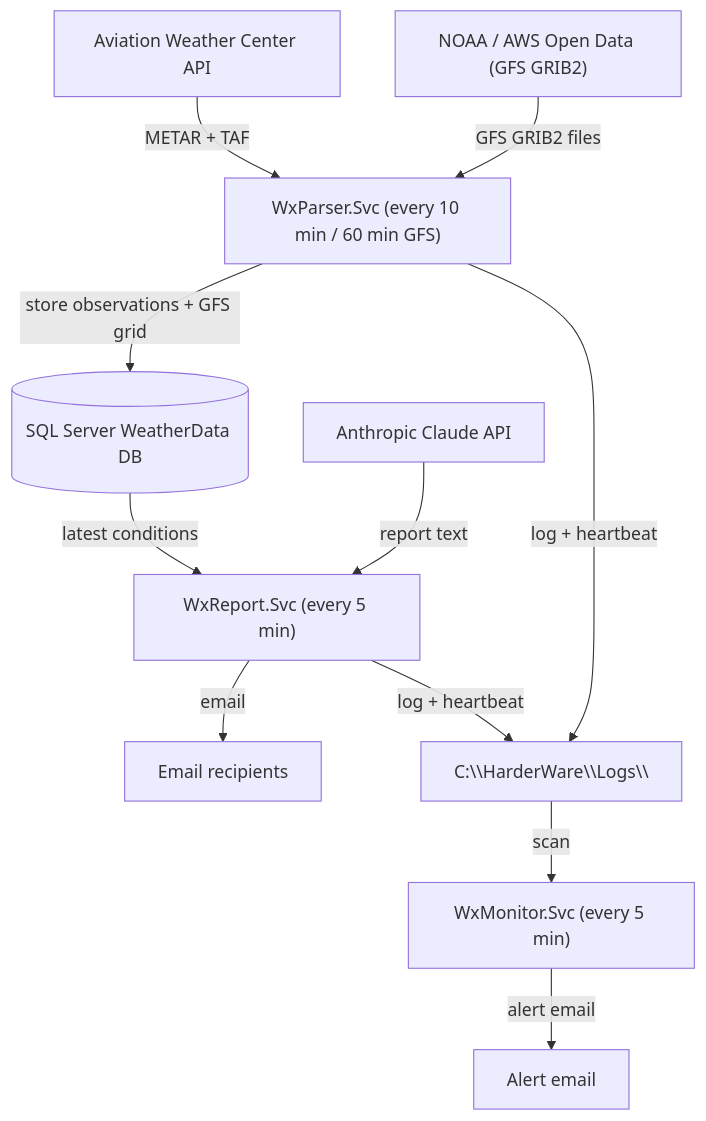
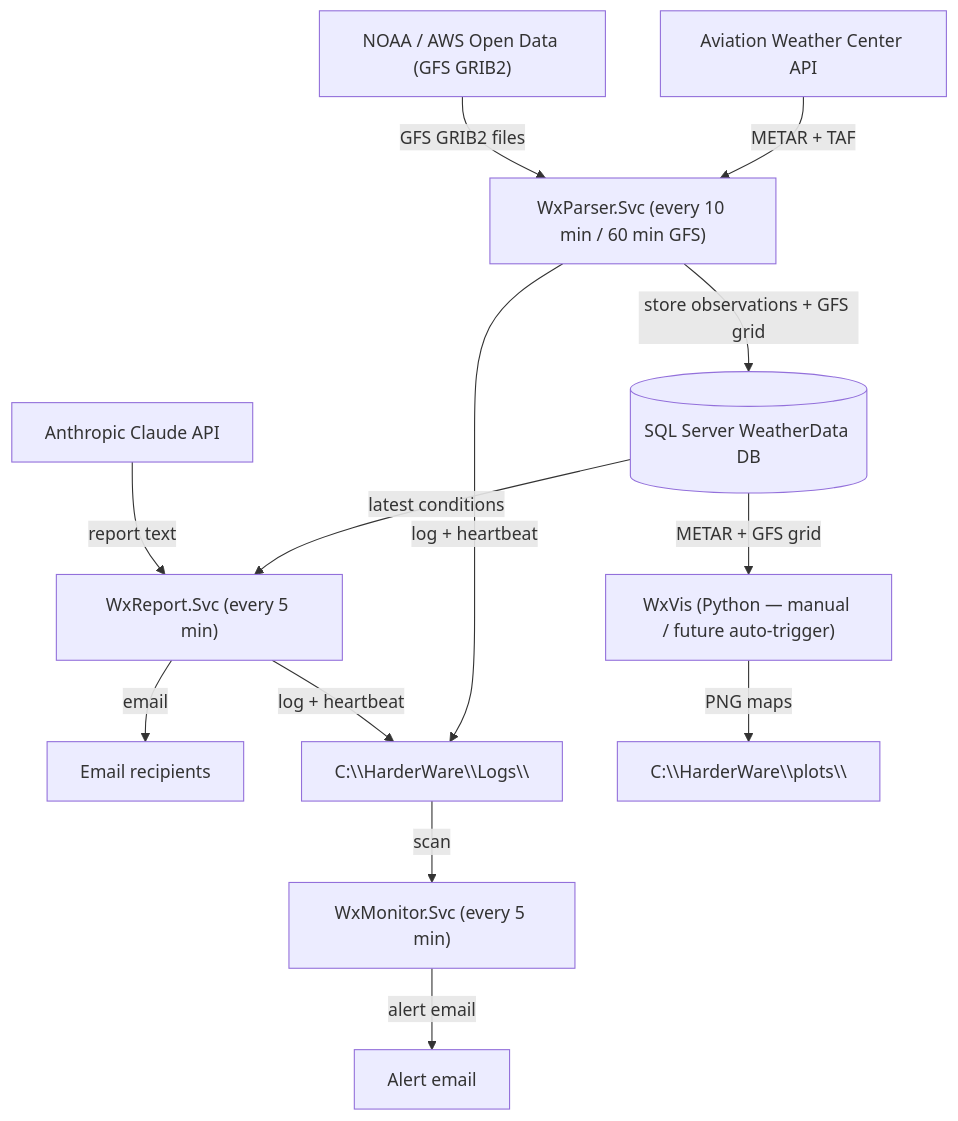
One commit to PaulHarder2/HarderWare changed the first of 8 diagrams in WxServices/DESIGN.md. Above: the diagram before and after it, drawn with Mermaid. The commit also changed other lines of this file and 6 other files, not shown here.

Commit message:
Add ability to produce three types of graphic:  METAR plot, Analysis plot with filtered list of METAR station models, and GFS forecast map of pressure, temperature, and dewpoint.

````diff
--- a/WxServices/DESIGN.md
+++ b/WxServices/DESIGN.md
@@ -61,27 +62,33 @@
 ```mermaid
 flowchart TD
     AWC["Aviation Weather Center API"]
     DB[("SQL Server WeatherData DB")]
     CLAUDE["Anthropic Claude API"]
     RECIPIENTS["Email recipients"]
     ALERTS["Alert email"]
     LOGS["C:\\HarderWare\\Logs\\"]
 
     NOMADS["NOAA / AWS Open Data (GFS GRIB2)"]
     PARSER["WxParser.Svc (every 10 min / 60 min GFS)"]
     REPORT["WxReport.Svc (every 5 min)"]
     MONITOR["WxMonitor.Svc (every 5 min)"]
 
+    WXVIS["WxVis (Python — manual / future auto-trigger)"]
+    PLOTS["C:\\HarderWare\\plots\\"]
+
     AWC -->|METAR + TAF| PARSER
     NOMADS -->|GFS GRIB2 files| PARSER
     PARSER -->|store observations + GFS grid| DB
     PARSER -->|log + heartbeat| LOGS
 
     DB -->|latest conditions| REPORT
     CLAUDE -->|report text| REPORT
     REPORT -->|email| RECIPIENTS
     REPORT -->|log + heartbeat| LOGS
 
+    DB -->|METAR + GFS grid| WXVIS
+    WXVIS -->|PNG maps| PLOTS
+
     LOGS -->|scan| MONITOR
     MONITOR -->|alert email| ALERTS
 ```
````
